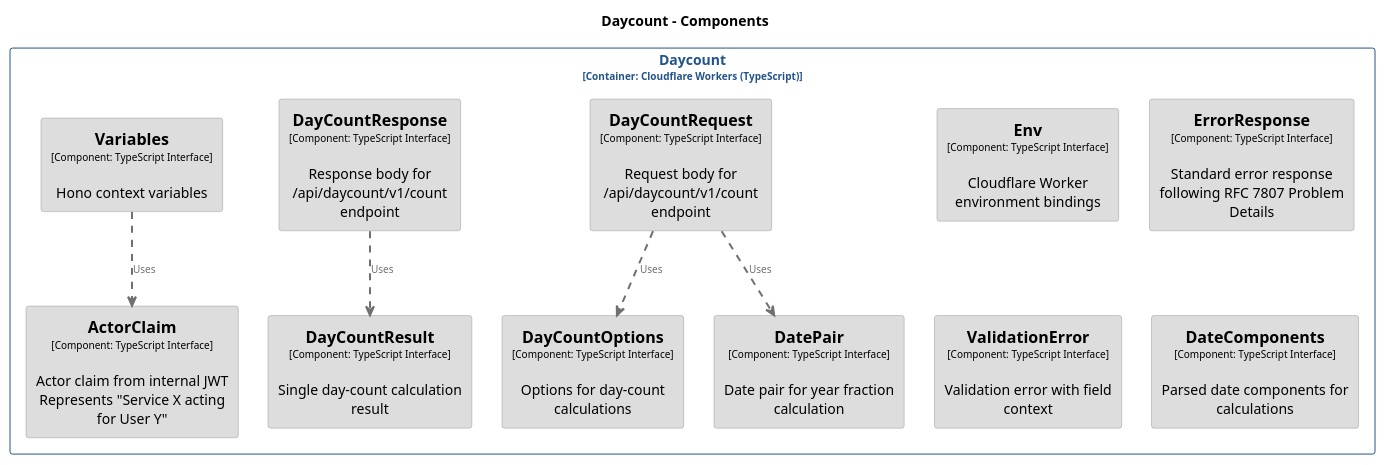
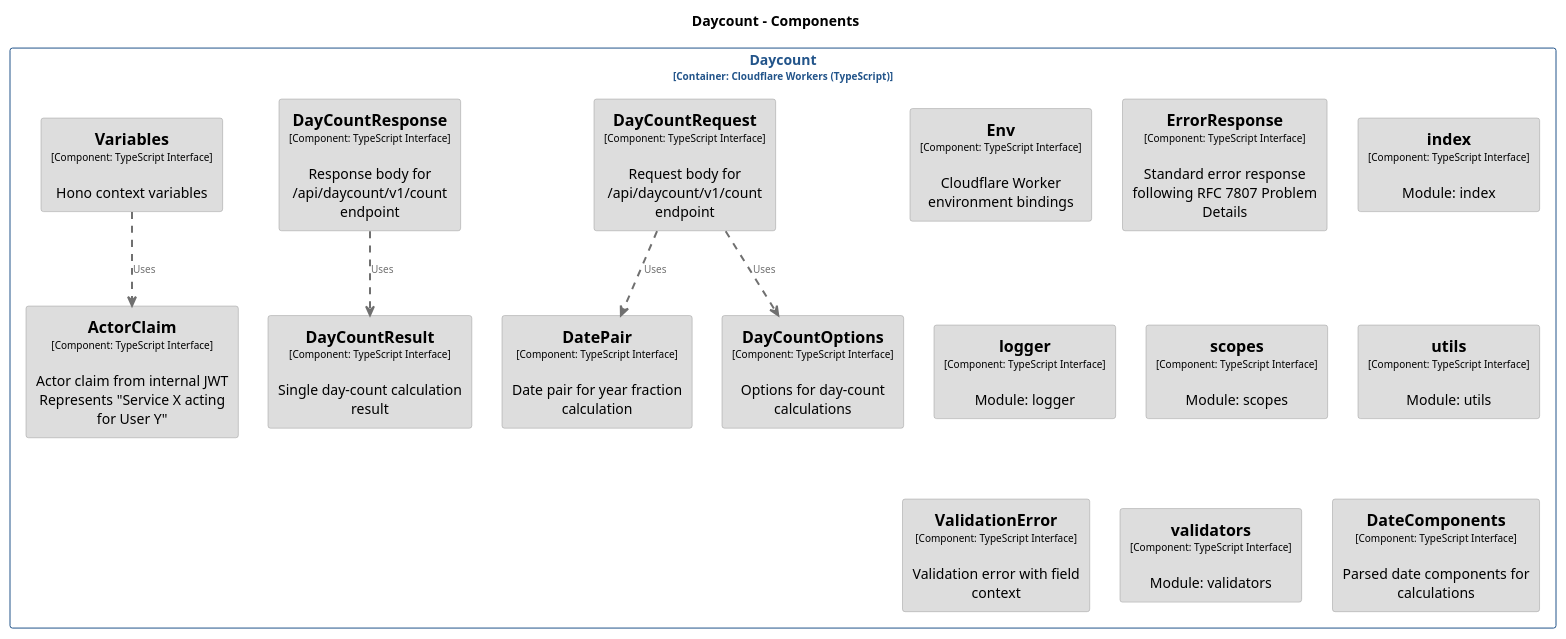
One commit to chrislyons-dev/bond-math changed the diagram in docs/architecture/diagrams/structurizr-Components_daycount.puml. Above: the diagram before and after it, drawn with PlantUML. The commit also changed 52 other files, not shown here.

Commit message:
feat: support functional programming constructs in the component and class/type diagrams

```diff
--- a/docs/architecture/diagrams/structurizr-Components_daycount.puml
+++ b/docs/architecture/diagrams/structurizr-Components_daycount.puml
@@ -1,108 +1,143 @@
 @startuml
 set separator none
 title Daycount - Components
 
 top to bottom direction
 skinparam ranksep 60
 skinparam nodesep 30
 
 skinparam {
   arrowFontSize 10
   defaultTextAlignment center
   wrapWidth 200
   maxMessageSize 100
 }
 
 hide stereotype
 
 skinparam rectangle<<bondmath.Daycount.ActorClaim>> {
   BackgroundColor #dddddd
   FontColor #000000
   BorderColor #9a9a9a
   shadowing false
 }
 skinparam rectangle<<bondmath.Daycount.DateComponents>> {
   BackgroundColor #dddddd
   FontColor #000000
   BorderColor #9a9a9a
   shadowing false
 }
 skinparam rectangle<<bondmath.Daycount.DatePair>> {
   BackgroundColor #dddddd
   FontColor #000000
   BorderColor #9a9a9a
   shadowing false
 }
 skinparam rectangle<<bondmath.Daycount.DayCountOptions>> {
   BackgroundColor #dddddd
   FontColor #000000
   BorderColor #9a9a9a
   shadowing false
 }
 skinparam rectangle<<bondmath.Daycount.DayCountRequest>> {
   BackgroundColor #dddddd
   FontColor #000000
   BorderColor #9a9a9a
   shadowing false
 }
 skinparam rectangle<<bondmath.Daycount.DayCountResponse>> {
   BackgroundColor #dddddd
   FontColor #000000
   BorderColor #9a9a9a
   shadowing false
 }
 skinparam rectangle<<bondmath.Daycount.DayCountResult>> {
   BackgroundColor #dddddd
   FontColor #000000
   BorderColor #9a9a9a
   shadowing false
 }
 skinparam rectangle<<bondmath.Daycount.Env>> {
   BackgroundColor #dddddd
   FontColor #000000
   BorderColor #9a9a9a
   shadowing false
 }
 skinparam rectangle<<bondmath.Daycount.ErrorResponse>> {
   BackgroundColor #dddddd
   FontColor #000000
   BorderColor #9a9a9a
   shadowing false
 }
 skinparam rectangle<<bondmath.Daycount.ValidationError>> {
   BackgroundColor #dddddd
   FontColor #000000
   BorderColor #9a9a9a
   shadowing false
 }
 skinparam rectangle<<bondmath.Daycount.Variables>> {
   BackgroundColor #dddddd
   FontColor #000000
   BorderColor #9a9a9a
   shadowing false
 }
+skinparam rectangle<<bondmath.Daycount.index>> {
+  BackgroundColor #dddddd
+  FontColor #000000
+  BorderColor #9a9a9a
+  shadowing false
+}
+skinparam rectangle<<bondmath.Daycount.logger>> {
+  BackgroundColor #dddddd
+  FontColor #000000
+  BorderColor #9a9a9a
+  shadowing false
+}
+skinparam rectangle<<bondmath.Daycount.scopes>> {
+  BackgroundColor #dddddd
+  FontColor #000000
+  BorderColor #9a9a9a
+  shadowing false
+}
+skinparam rectangle<<bondmath.Daycount.utils>> {
+  BackgroundColor #dddddd
+  FontColor #000000
+  BorderColor #9a9a9a
+  shadowing false
+}
+skinparam rectangle<<bondmath.Daycount.validators>> {
+  BackgroundColor #dddddd
+  FontColor #000000
+  BorderColor #9a9a9a
+  shadowing false
+}
 skinparam rectangle<<bondmath.Daycount>> {
   BorderColor #22548a
   FontColor #22548a
   shadowing false
 }
 
 rectangle "Daycount\n<size:10>[Container: Cloudflare Workers (TypeScript)]</size>" <<bondmath.Daycount>> {
+  rectangle "==DatePair\n<size:10>[Component: TypeScript Interface]</size>\n\nDate pair for year fraction calculation" <<bondmath.Daycount.DatePair>> as bondmath.Daycount.DatePair
   rectangle "==DayCountOptions\n<size:10>[Component: TypeScript Interface]</size>\n\nOptions for day-count calculations" <<bondmath.Daycount.DayCountOptions>> as bondmath.Daycount.DayCountOptions
   rectangle "==DayCountRequest\n<size:10>[Component: TypeScript Interface]</size>\n\nRequest body for /api/daycount/v1/count endpoint" <<bondmath.Daycount.DayCountRequest>> as bondmath.Daycount.DayCountRequest
   rectangle "==DayCountResponse\n<size:10>[Component: TypeScript Interface]</size>\n\nResponse body for /api/daycount/v1/count endpoint" <<bondmath.Daycount.DayCountResponse>> as bondmath.Daycount.DayCountResponse
   rectangle "==DayCountResult\n<size:10>[Component: TypeScript Interface]</size>\n\nSingle day-count calculation result" <<bondmath.Daycount.DayCountResult>> as bondmath.Daycount.DayCountResult
   rectangle "==Env\n<size:10>[Component: TypeScript Interface]</size>\n\nCloudflare Worker environment bindings" <<bondmath.Daycount.Env>> as bondmath.Daycount.Env
   rectangle "==ErrorResponse\n<size:10>[Component: TypeScript Interface]</size>\n\nStandard error response following RFC 7807 Problem Details" <<bondmath.Daycount.ErrorResponse>> as bondmath.Daycount.ErrorResponse
+  rectangle "==index\n<size:10>[Component: TypeScript Interface]</size>\n\nModule: index" <<bondmath.Daycount.index>> as bondmath.Daycount.index
+  rectangle "==logger\n<size:10>[Component: TypeScript Interface]</size>\n\nModule: logger" <<bondmath.Daycount.logger>> as bondmath.Daycount.logger
+  rectangle "==scopes\n<size:10>[Component: TypeScript Interface]</size>\n\nModule: scopes" <<bondmath.Daycount.scopes>> as bondmath.Daycount.scopes
+  rectangle "==utils\n<size:10>[Component: TypeScript Interface]</size>\n\nModule: utils" <<bondmath.Daycount.utils>> as bondmath.Daycount.utils
   rectangle "==ValidationError\n<size:10>[Component: TypeScript Interface]</size>\n\nValidation error with field context" <<bondmath.Daycount.ValidationError>> as bondmath.Daycount.ValidationError
+  rectangle "==validators\n<size:10>[Component: TypeScript Interface]</size>\n\nModule: validators" <<bondmath.Daycount.validators>> as bondmath.Daycount.validators
   rectangle "==Variables\n<size:10>[Component: TypeScript Interface]</size>\n\nHono context variables" <<bondmath.Daycount.Variables>> as bondmath.Daycount.Variables
   rectangle "==ActorClaim\n<size:10>[Component: TypeScript Interface]</size>\n\nActor claim from internal JWT Represents "Service X acting for User Y"" <<bondmath.Daycount.ActorClaim>> as bondmath.Daycount.ActorClaim
   rectangle "==DateComponents\n<size:10>[Component: TypeScript Interface]</size>\n\nParsed date components for calculations" <<bondmath.Daycount.DateComponents>> as bondmath.Daycount.DateComponents
-  rectangle "==DatePair\n<size:10>[Component: TypeScript Interface]</size>\n\nDate pair for year fraction calculation" <<bondmath.Daycount.DatePair>> as bondmath.Daycount.DatePair
 }
 
 bondmath.Daycount.DayCountRequest .[#707070,thickness=2].> bondmath.Daycount.DatePair : "<color:#707070>Uses"
 bondmath.Daycount.DayCountRequest .[#707070,thickness=2].> bondmath.Daycount.DayCountOptions : "<color:#707070>Uses"
 bondmath.Daycount.DayCountResponse .[#707070,thickness=2].> bondmath.Daycount.DayCountResult : "<color:#707070>Uses"
 bondmath.Daycount.Variables .[#707070,thickness=2].> bondmath.Daycount.ActorClaim : "<color:#707070>Uses"
 @enduml
```
